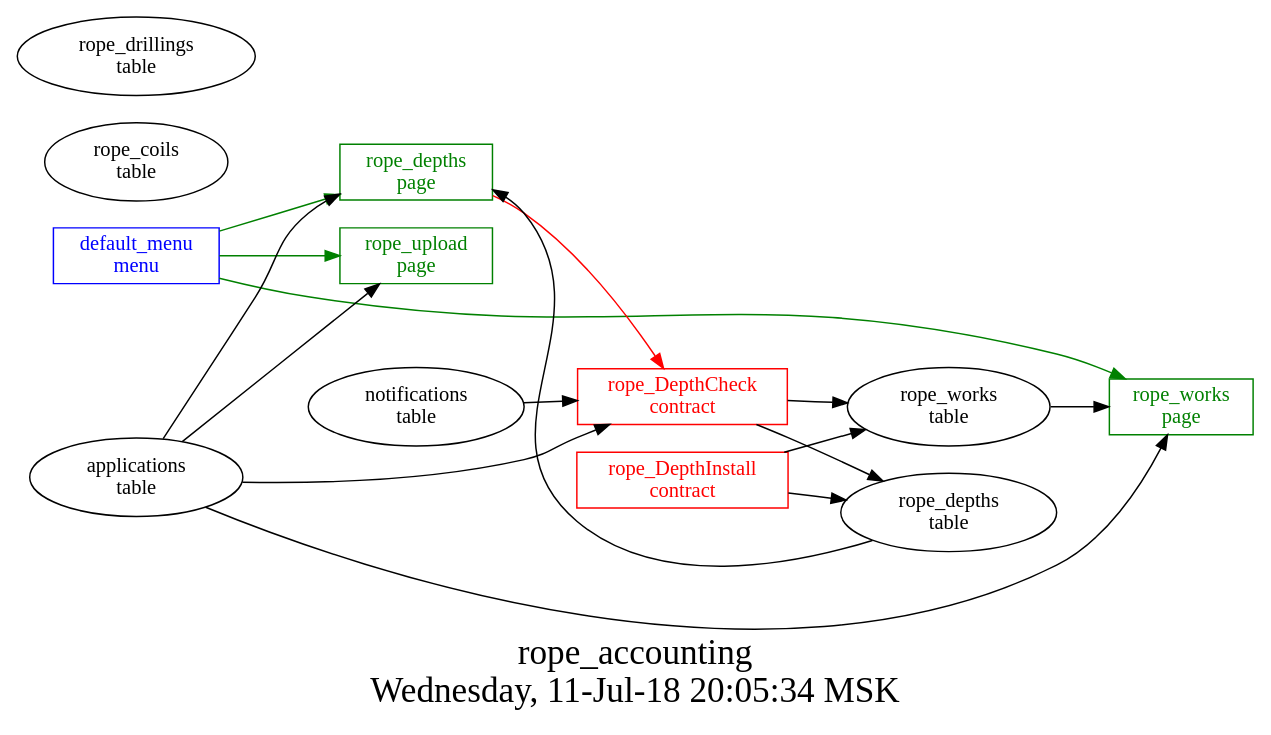
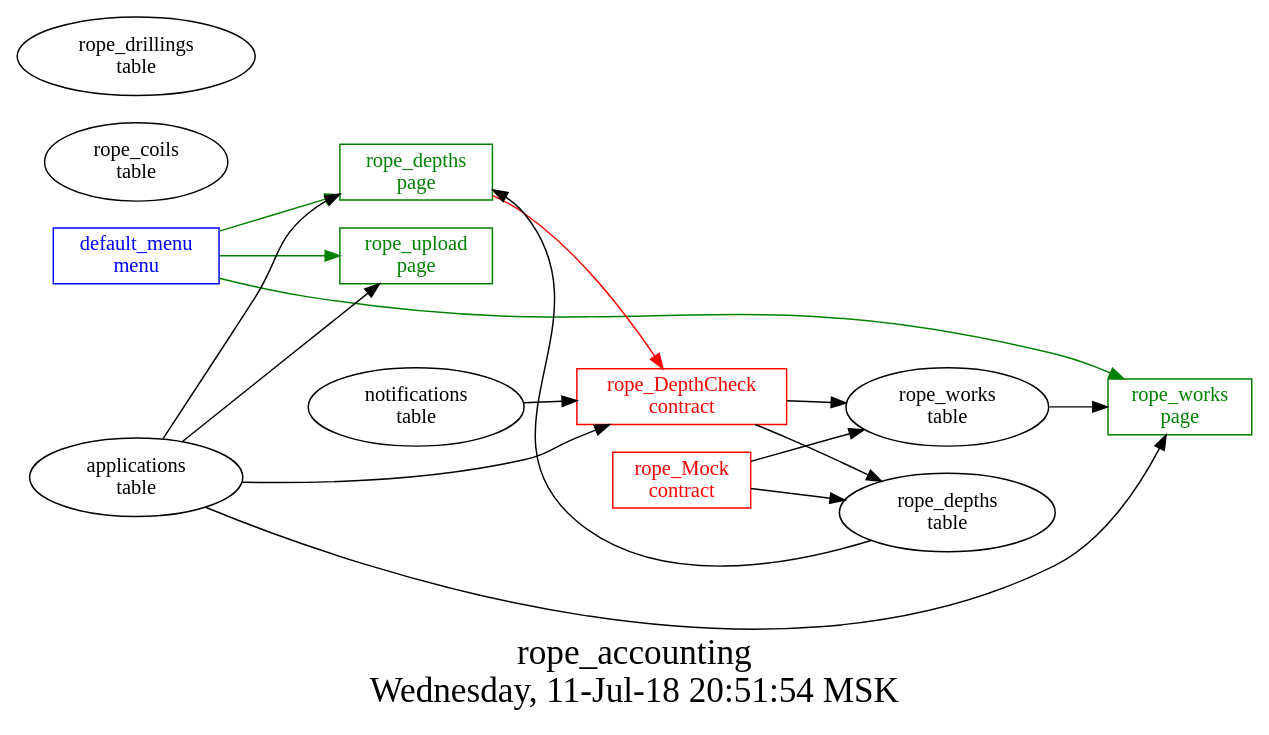
The diagram in src/rope_accounting/struct.dot (AplaProject/apps), drawn with Graphviz before and after one commit. The commit also changed 2 other files, not shown here.

```diff
--- a/src/rope_accounting/struct.dot
+++ b/src/rope_accounting/struct.dot
@@ -1,35 +1,35 @@
 digraph G {
 graph [
   fontsize="24";
-  label="rope_accounting\nWednesday, 11-Jul-18 20:05:34 MSK";
+  label="rope_accounting\nWednesday, 11-Jul-18 20:51:54 MSK";
   nojustify=true;
   ordering=out;
   rankdir=LR;
   size="30";
 ];
 "default_menu\nmenu" -> "rope_upload\npage"  [ color=green ]
 "default_menu\nmenu" -> "rope_works\npage"  [ color=green ]
 "default_menu\nmenu" -> "rope_depths\npage"  [ color=green ]
 "default_menu\nmenu" [color=blue, fontcolor=blue, group=menus, shape=record];
 "rope_depths\npage" -> "rope_DepthCheck\ncontract"  [ color=red ]
 "applications\ntable" -> "rope_depths\npage"
 "rope_depths\ntable" -> "rope_depths\npage"
 "rope_depths\npage" [color=green, fontcolor=green, group=pages, shape=record];
 "applications\ntable" -> "rope_upload\npage"
 "rope_upload\npage" [color=green, fontcolor=green, group=pages, shape=record];
 "applications\ntable" -> "rope_works\npage"
 "rope_works\ntable" -> "rope_works\npage"
 "rope_works\npage" [color=green, fontcolor=green, group=pages, shape=record];
 "rope_DepthCheck\ncontract" -> "rope_works\ntable"  [ color="" ]
 "rope_DepthCheck\ncontract" -> "rope_depths\ntable"  [ color="" ]
 "applications\ntable" -> "rope_DepthCheck\ncontract"
 "notifications\ntable" -> "rope_DepthCheck\ncontract"
 "rope_DepthCheck\ncontract" [color=red, fontcolor=red, group=contracts, shape=record];
-"rope_DepthInstall\ncontract" -> "rope_works\ntable"  [ color="" ]
-"rope_DepthInstall\ncontract" -> "rope_depths\ntable"  [ color="" ]
-"rope_DepthInstall\ncontract" [color=red, fontcolor=red, group=contracts, shape=record];
+"rope_Mock\ncontract" -> "rope_works\ntable"  [ color="" ]
+"rope_Mock\ncontract" -> "rope_depths\ntable"  [ color="" ]
+"rope_Mock\ncontract" [color=red, fontcolor=red, group=contracts, shape=record];
 "rope_coils\ntable" [color="", fontcolor="", group=tables, shape=""];
 "rope_depths\ntable" [color="", fontcolor="", group=tables, shape=""];
 "rope_drillings\ntable" [color="", fontcolor="", group=tables, shape=""];
 "rope_works\ntable" [color="", fontcolor="", group=tables, shape=""];
 }
```
